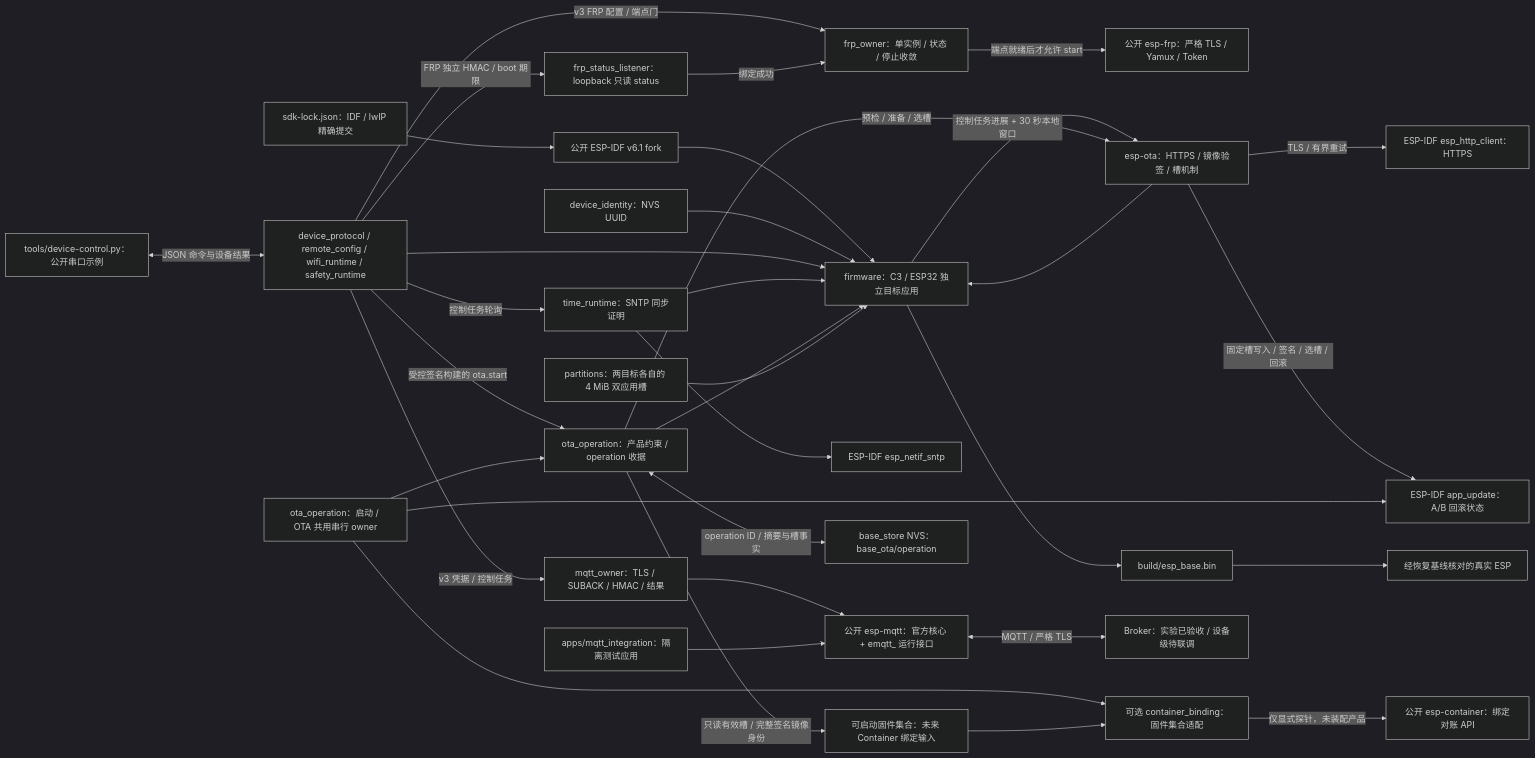
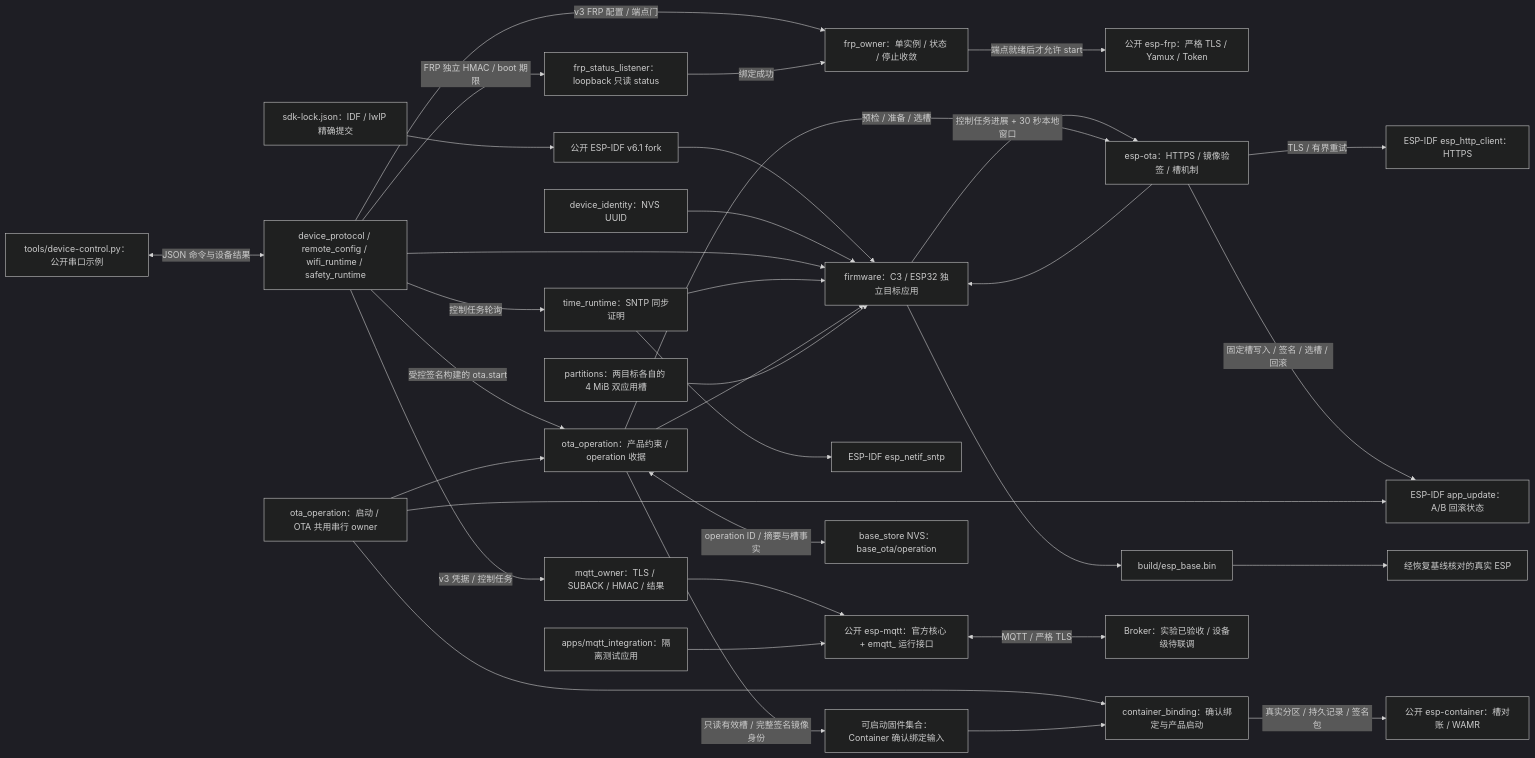
One commit to darren-you/esp_base changed the diagram in README.md. Above: the diagram before and after it, drawn with Mermaid (dark theme). The commit also changed other lines of this file and 22 other files, not shown here.

````diff
--- a/README.md
+++ b/README.md
@@ -7,36 +7,36 @@
 ```mermaid
 flowchart LR
     sdk_lock["sdk-lock.json：IDF / lwIP 精确提交"] --> sdk["公开 ESP-IDF v6.1 fork"]
     sdk --> firmware["firmware：C3 / ESP32 独立目标应用"]
     identity["device_identity：NVS UUID"] --> firmware
     state["device_protocol / remote_config / wifi_runtime / safety_runtime"] --> firmware
     state -->|"v3 凭据 / 控制任务"| mqtt_owner["mqtt_owner：TLS / SUBACK / HMAC / 结果"]
     mqtt_owner --> mqtt
     state -->|"v3 FRP 配置 / 端点门"| frp_owner["frp_owner：单实例 / 状态 / 停止收敛"]
     state -->|"FRP 独立 HMAC / boot 期限"| frp_status["frp_status_listener：loopback 只读 status"]
     frp_status -->|"绑定成功"| frp_owner
     frp_owner -->|"端点就绪后才允许 start"| frp["公开 esp-frp：严格 TLS / Yamux / Token"]
     time["time_runtime：SNTP 同步证明"] --> firmware
     state -->|"控制任务轮询"| time
     time --> idf_time["ESP-IDF esp_netif_sntp"]
     ota["esp-ota：HTTPS / 镜像验签 / 槽机制"] --> firmware
     receipt["ota_operation：产品约束 / operation 收据"] --> firmware
-    receipt -->|"只读有效槽 / 完整签名镜像身份"| image_set["可启动固件集合：未来 Container 绑定输入"]
+    receipt -->|"只读有效槽 / 完整签名镜像身份"| image_set["可启动固件集合：Container 确认绑定输入"]
     firmware -->|"控制任务进展 + 30 秒本地窗口"| ota
     state -->|"受控签名构建的 ota.start"| receipt
     receipt -->|"预检 / 准备 / 选槽"| ota
     ota -->|"TLS / 有界重试"| https["ESP-IDF esp_http_client：HTTPS"]
     ota -->|"固定槽写入 / 签名 / 选槽 / 回滚"| slot["ESP-IDF app_update：A/B 回滚状态"]
     receipt <-->|"operation ID / 摘要与槽事实"| nvs["base_store NVS：base_ota/operation"]
     owner["ota_operation：启动 / OTA 共用串行 owner"] --> receipt
     owner --> slot
-    binding["可选 container_binding：固件集合适配"] -->|"仅显式探针，未装配产品"| container["公开 esp-container：绑定对账 API"]
+    binding["container_binding：确认绑定与产品启动"] -->|"真实分区 / 持久记录 / 签名包"| container["公开 esp-container：槽对账 / WAMR"]
     owner --> binding
     image_set --> binding
     layout["partitions：两目标各自的 4 MiB 双应用槽"] --> firmware
     host["tools/device-control.py：公开串口示例"] <-->|"JSON 命令与设备结果"| state
     firmware --> image["build/esp_base.bin"]
     lab["apps/mqtt_integration：隔离测试应用"] --> mqtt["公开 esp-mqtt：官方核心 + emqtt_ 运行接口"]
     mqtt <-->|"MQTT / 严格 TLS"| broker["Broker：实验已验收 / 设备级待联调"]
     image --> board["经恢复基线核对的真实 ESP"]
 ```
````
